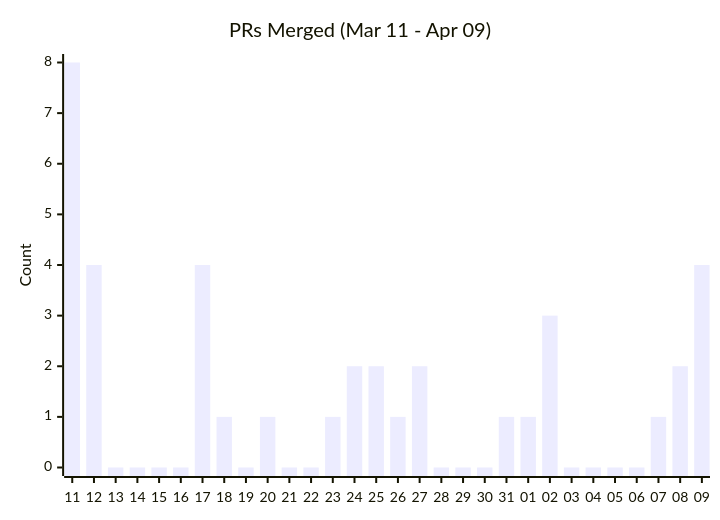
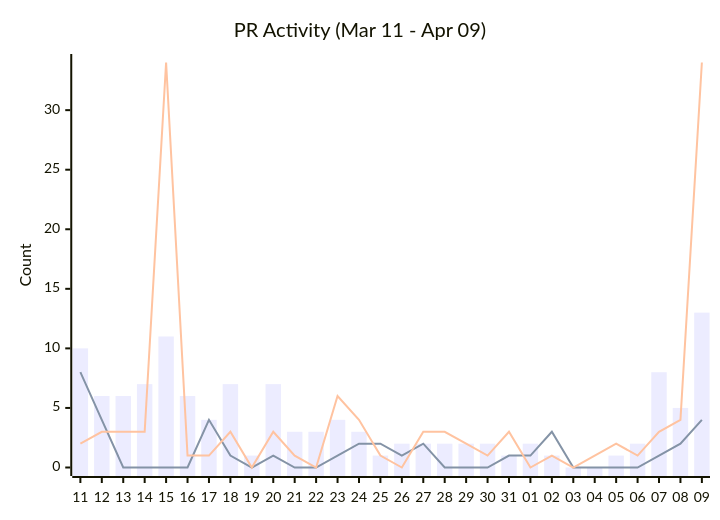
The first of 7 diagrams in triage/CONTRIBUTION_METRICS.md (cocosheng-g/gemini-cli), drawn with Mermaid before and after one commit. The commit also changed other lines of this file, not shown here.

````diff
--- a/triage/CONTRIBUTION_METRICS.md
+++ b/triage/CONTRIBUTION_METRICS.md
@@ -22,7 +11,9 @@
 ```mermaid
 xychart-beta
-    title "PRs Merged (Mar 11 - Apr 09)"
+    title "PR Activity (Mar 11 - Apr 09)"
     x-axis ["11", "12​", "13​​", "14​​​", "15​​​​", "16​​​​​", "17​​​​​​", "18​​​​​​​", "19​​​​​​​​", "20​​​​​​​​​", "21​​​​​​​​​​", "22​​​​​​​​​​​", "23​​​​​​​​​​​​", "24​​​​​​​​​​​​​", "25​​​​​​​​​​​​​​", "26​​​​​​​​​​​​​​​", "27​​​​​​​​​​​​​​​​", "28​​​​​​​​​​​​​​​​​", "29​​​​​​​​​​​​​​​​​​", "30​​​​​​​​​​​​​​​​​​​", "31​​​​​​​​​​​​​​​​​​​​", "01​​​​​​​​​​​​​​​​​​​​​", "02​​​​​​​​​​​​​​​​​​​​​​", "03​​​​​​​​​​​​​​​​​​​​​​​", "04​​​​​​​​​​​​​​​​​​​​​​​​", "05​​​​​​​​​​​​​​​​​​​​​​​​​", "06​​​​​​​​​​​​​​​​​​​​​​​​​​", "07​​​​​​​​​​​​​​​​​​​​​​​​​​​", "08​​​​​​​​​​​​​​​​​​​​​​​​​​​​", "09​​​​​​​​​​​​​​​​​​​​​​​​​​​​​"]
     y-axis "Count"
-    bar [8, 4, 0, 0, 0, 0, 4, 1, 0, 1, 0, 0, 1, 2, 2, 1, 2, 0, 0, 0, 1, 1, 3, 0, 0, 0, 0, 1, 2, 4]
+    bar [10, 6, 6, 7, 11, 6, 4, 7, 1, 7, 3, 3, 4, 3, 1, 2, 2, 2, 2, 2, 1, 2, 1, 0, 0, 1, 2, 8, 5, 13]
+    line [8, 4, 0, 0, 0, 0, 4, 1, 0, 1, 0, 0, 1, 2, 2, 1, 2, 0, 0, 0, 1, 1, 3, 0, 0, 0, 0, 1, 2, 4]
+    line [2, 3, 3, 3, 34, 1, 1, 3, 0, 3, 1, 0, 6, 4, 1, 0, 3, 3, 2, 1, 3, 0, 1, 0, 1, 2, 1, 3, 4, 34]
 ```
````
